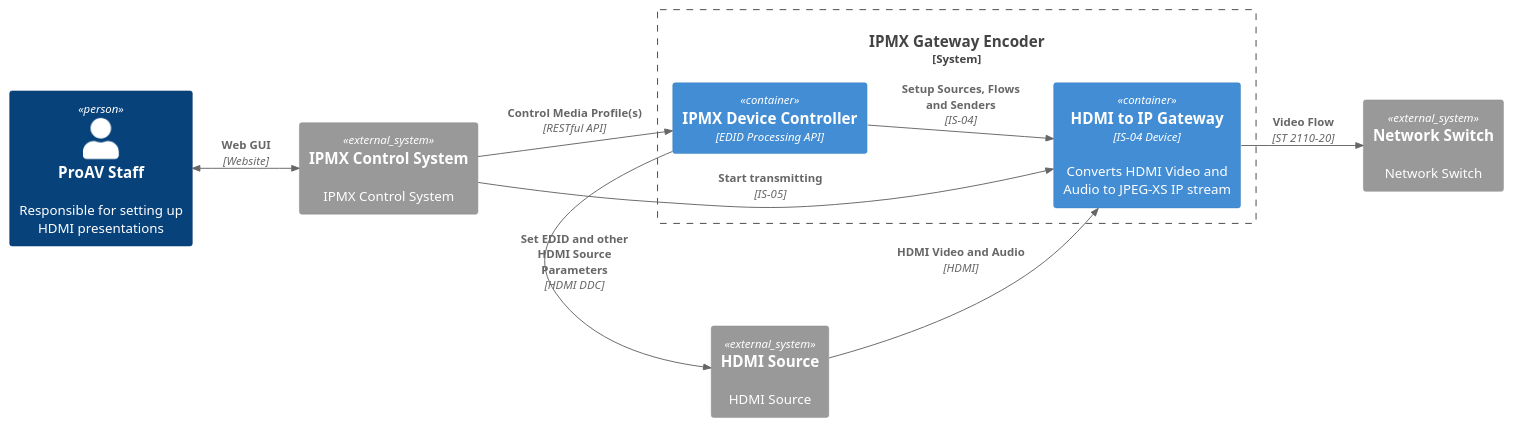
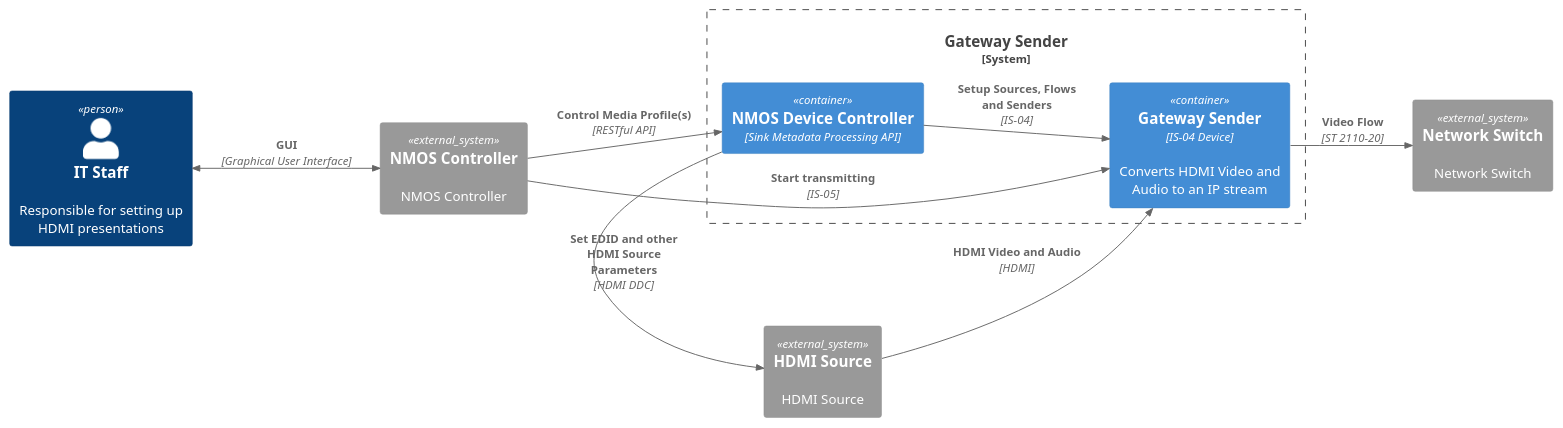
One commit to AMWA-TV/bcp-005-01 changed the diagram in docs/images/puml/ipmx_encoder_component_diagram.puml. Above: the diagram before and after it, drawn with PlantUML. The commit also changed 19 other files, not shown here.

First line of the commit message:
Update language in Architecture document (#45)

```diff
--- a/docs/images/puml/ipmx_encoder_component_diagram.puml
+++ b/docs/images/puml/ipmx_encoder_component_diagram.puml
@@ -1,24 +1,24 @@
 @startuml
 !include https://raw.githubusercontent.com/plantuml-stdlib/C4-PlantUML/master/C4_Container.puml
 
 LAYOUT_LEFT_RIGHT()
 
-Person(person, "ProAV Staff", "Responsible for setting up HDMI presentations")
+Person(person, "IT Staff", "Responsible for setting up HDMI presentations")
 
-System_Ext(ics, "IPMX Control System", "IPMX Control System")
+System_Ext(ics, "NMOS Controller", "NMOS Controller")
 System_Ext(hdmi, "HDMI Source", "HDMI Source")
 System_Ext(switch, "Network Switch", "Network Switch")
 
-System_Boundary(proav, "IPMX Gateway Encoder") {
-    Container(gw, "HDMI to IP Gateway", "IS-04 Device", "Converts HDMI Video and Audio to JPEG-XS IP stream")
-    Container(ipmx_controller, "IPMX Device Controller", "EDID Processing API", "")
+System_Boundary(proav, "Gateway Sender") {
+    Container(gw, "Gateway Sender", "IS-04 Device", "Converts HDMI Video and Audio to an IP stream")
+    Container(ipmx_controller, "NMOS Device Controller", "Sink Metadata Processing API", "")
 }
 
-BiRel(person, ics, "Web GUI", "Website")
+BiRel(person, ics, "GUI", "Graphical User Interface")
 Rel(ics, ipmx_controller, "Control Media Profile(s)", "RESTful API")
 Rel(ipmx_controller, hdmi, "Set EDID and other HDMI Source Parameters", "HDMI DDC")
 Rel(ipmx_controller, gw, "Setup Sources, Flows and Senders", "IS-04")
 Rel(ics, gw, "Start transmitting", "IS-05")
 Rel(hdmi, gw, "HDMI Video and Audio", "HDMI")
 Rel(gw, switch, "Video Flow", "ST 2110-20")
 @enduml
```
